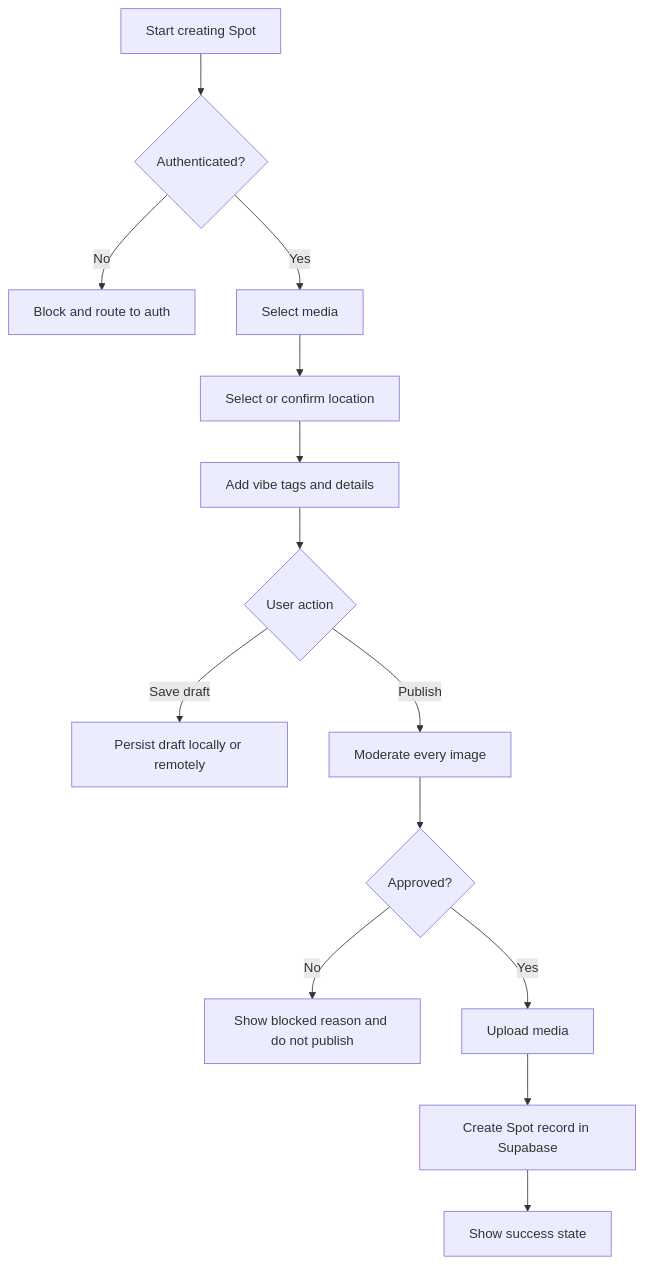
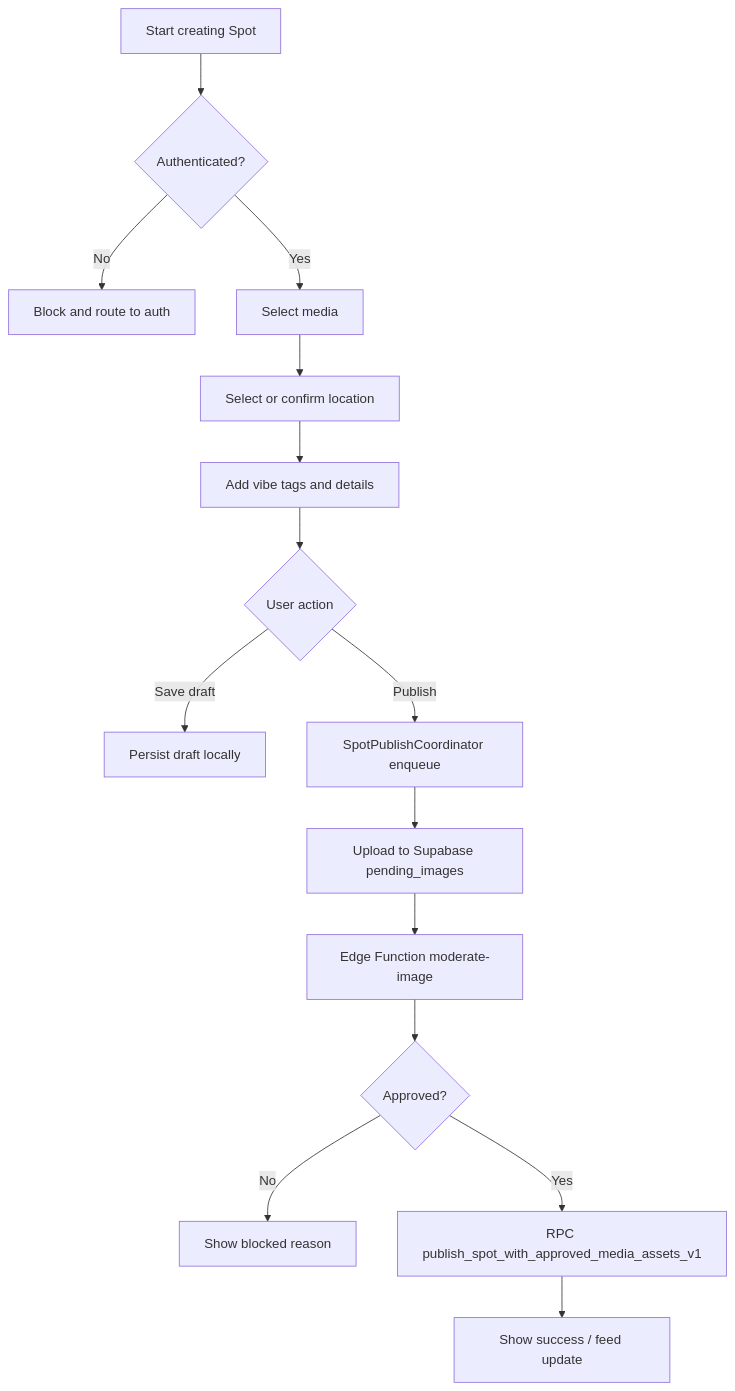
One commit to Ewynman/spot-ios-app changed the diagram in docs/product/posting-flow.md. Above: the diagram before and after it, drawn with Mermaid. The commit also changed other lines of this file and 18 other files, not shown here.

````diff
--- a/docs/product/posting-flow.md
+++ b/docs/product/posting-flow.md
@@ -53,16 +53,17 @@
 ```mermaid
 flowchart TD
   A[Start creating Spot] --> B{Authenticated?}
   B -->|No| C[Block and route to auth]
   B -->|Yes| D[Select media]
   D --> E[Select or confirm location]
   E --> F[Add vibe tags and details]
   F --> G{User action}
-  G -->|Save draft| H[Persist draft locally or remotely]
-  G -->|Publish| I[Moderate every image]
-  I --> J{Approved?}
-  J -->|No| K[Show blocked reason and do not publish]
-  J -->|Yes| L[Upload media]
-  L --> M[Create Spot record in Supabase]
-  M --> N[Show success state]
+  G -->|Save draft| H[Persist draft locally]
+  G -->|Publish| I[SpotPublishCoordinator enqueue]
+  I --> J[Upload to Supabase pending_images]
+  J --> K[Edge Function moderate-image]
+  K --> L{Approved?}
+  L -->|No| M[Show blocked reason]
+  L -->|Yes| N[RPC publish_spot_with_approved_media_assets_v1]
+  N --> O[Show success / feed update]
 ```
````
